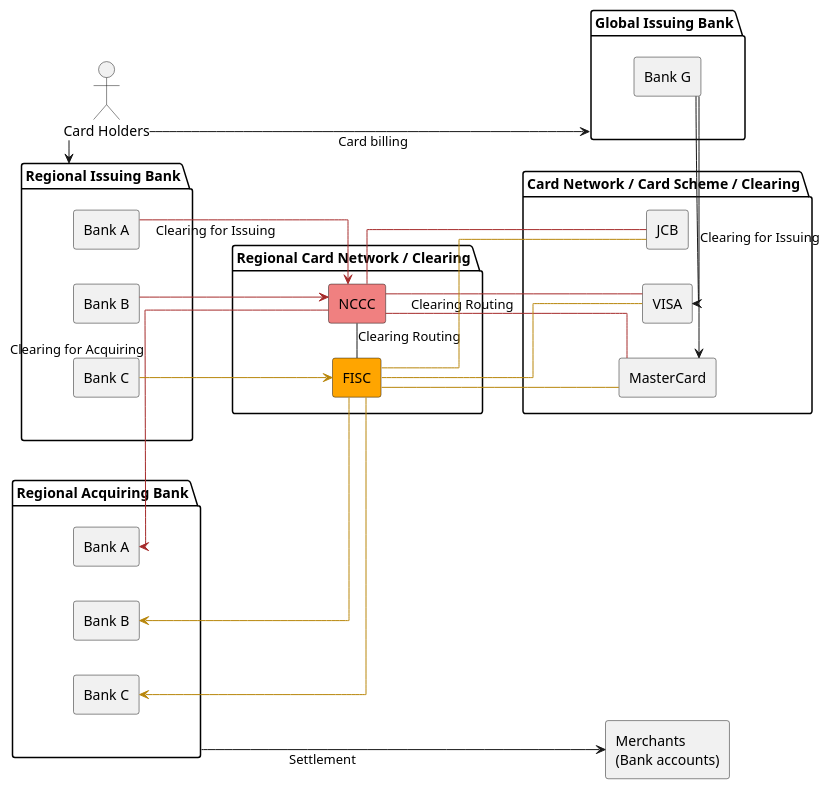
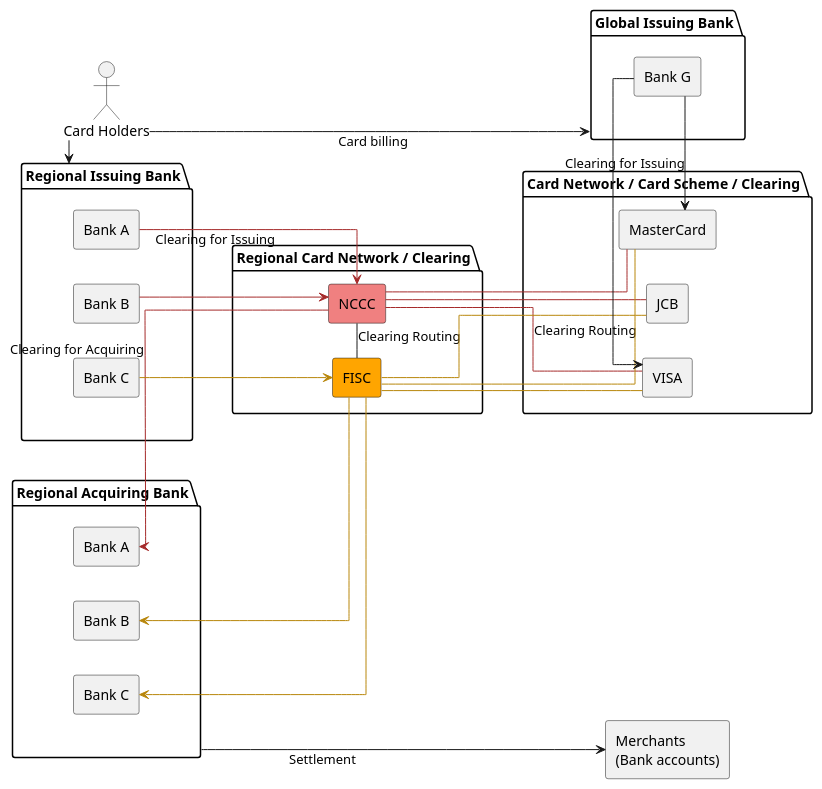
The diagram in payment/local-card-services-clearing.plantuml (yidas/web-service-architectures), drawn with PlantUML before and after one commit.

```diff
--- a/payment/local-card-services-clearing.plantuml
+++ b/payment/local-card-services-clearing.plantuml
@@ -1,53 +1,53 @@
 @startuml
 skinparam linetype polyline
 skinparam linetype ortho
 left to right direction
 
 actor "Card Holders" as user
 agent "Merchants \n(Bank accounts)" as merchant
 package "Card Network / Card Scheme / Clearing" as ccnet {
   agent "VISA" as visa
   agent "MasterCard" as mc
   agent "JCB" as jcb
 }
 package "Regional Card Network / Clearing" as ccnet_local {
   agent "NCCC" as nccc #lightcoral
   agent "FISC" as fisc #orange
 }
 package "Global Issuing Bank" as issuer_global {
   agent "Bank G" as issuer_global_a
 }
 package "Regional Issuing Bank" as issuer_local {
   agent "Bank A" as issuer_a
   agent "Bank C" as issuer_b
   agent "Bank B" as issuer_c
 }
 package "Regional Acquiring Bank" as acquirer_local {
   agent "Bank A" as acquirer_a
   agent "Bank C" as acquirer_b
   agent "Bank B" as acquirer_c
 }
 
 nccc - fisc: Clearing Routing
 nccc --[#brown] visa: Clearing Routing
 nccc --[#brown] mc
 nccc --[#brown] jcb
 fisc --[#darkGoldenRod] visa
 fisc --[#darkGoldenRod] mc
-fisc --[#darkGoldenRod] jcb
+fisc -[#darkGoldenRod] jcb
 
 issuer_a --[#brown]> nccc: Clearing for Issuing
 acquirer_a <--[#brown] nccc: Clearing for Acquiring
 issuer_b --[#darkGoldenRod]> fisc
 acquirer_b <--[#darkGoldenRod] fisc
 issuer_c --[#brown]> nccc
 acquirer_c <--[#darkGoldenRod] fisc
 
-issuer_global_a -left-> visa
-issuer_global_a -left-> mc: Clearing for Issuing
+issuer_global_a -right-> visa
+issuer_global_a -right-> mc: Clearing for Issuing
 
 acquirer_local ---> merchant: Settlement
 
 user --> issuer_global: Card billing
 user -> issuer_local
 @enduml
```
